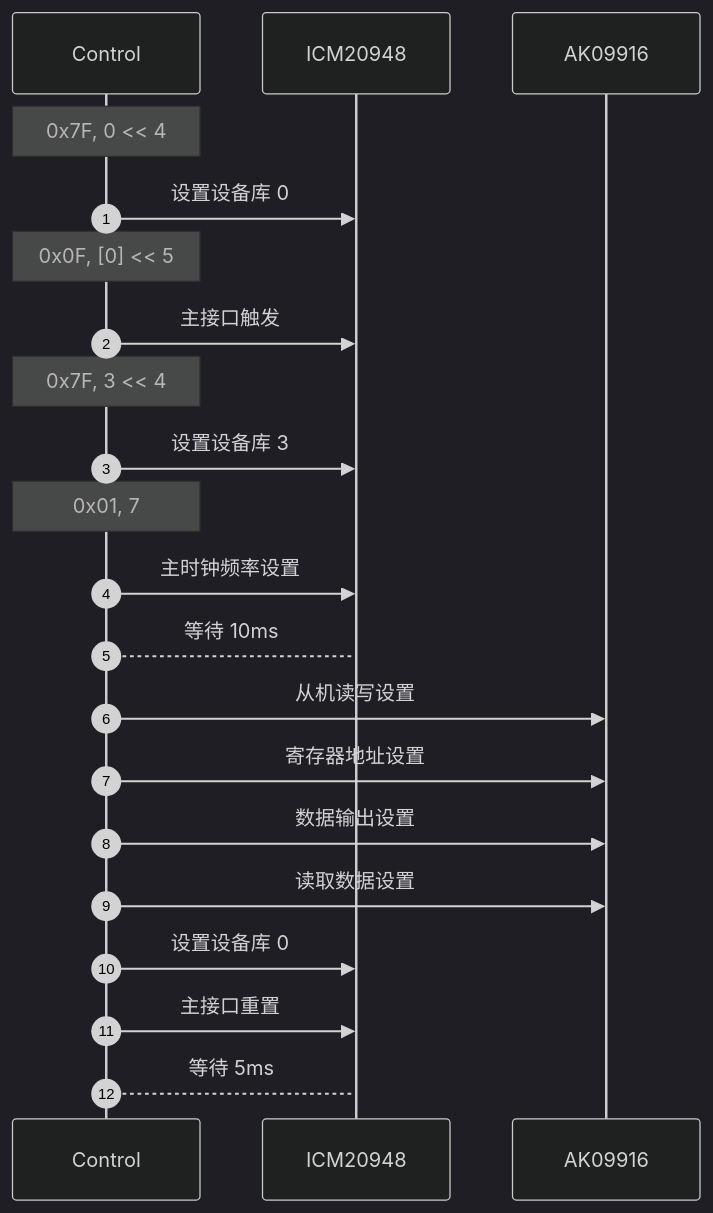
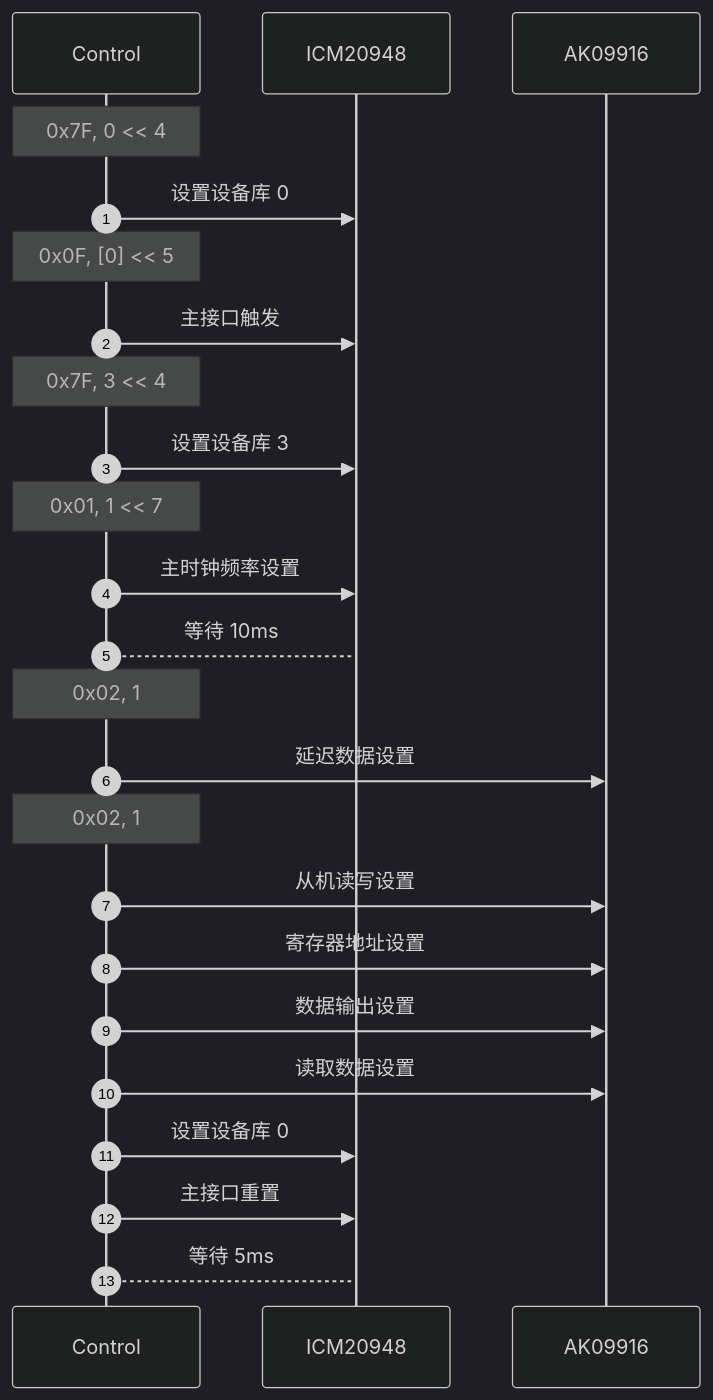
One commit to hkdickyko/hkdickyko.github.io changed the fourth of 4 diagrams in _posts/2025-04-06-mdchart.md. Above: the diagram before and after it, drawn with Mermaid (dark theme). The commit also changed other lines of this file, not shown here.

```diff
--- a/_posts/2025-04-06-mdchart.md
+++ b/_posts/2025-04-06-mdchart.md
@@ -191,24 +191,27 @@
 <div class="mermaid">
 sequenceDiagram;
    autonumber;
    participant C as Control;
    participant I as ICM20948;
    participant A as AK09916;
    note over C: 0x7F, 0 << 4;
    C->>I: 设置设备库 0;
    note over C: 0x0F, [0] << 5
    C->>I: 主接口触发;
    note over C: 0x7F, 3 << 4;
    C->>I: 设置设备库 3;
-   note over C: 0x01, 7;
+   note over C: 0x01, 1 << 7;
    C->>I: 主时钟频率设置;
    C-->I: 等待 10ms;
+   note over C: 0x02, 1;
+   C->>A: 延迟数据设置;
+   note over C: 0x02, 1;
    C->>A: 从机读写设置;
    C->>A: 寄存器地址设置;
    C->>A: 数据输出设置;
    C->>A: 读取数据设置;
    C->>I: 设置设备库 0;
    C->>I: 主接口重置;
    C-->I: 等待 5ms;
 
 </div>   
```
